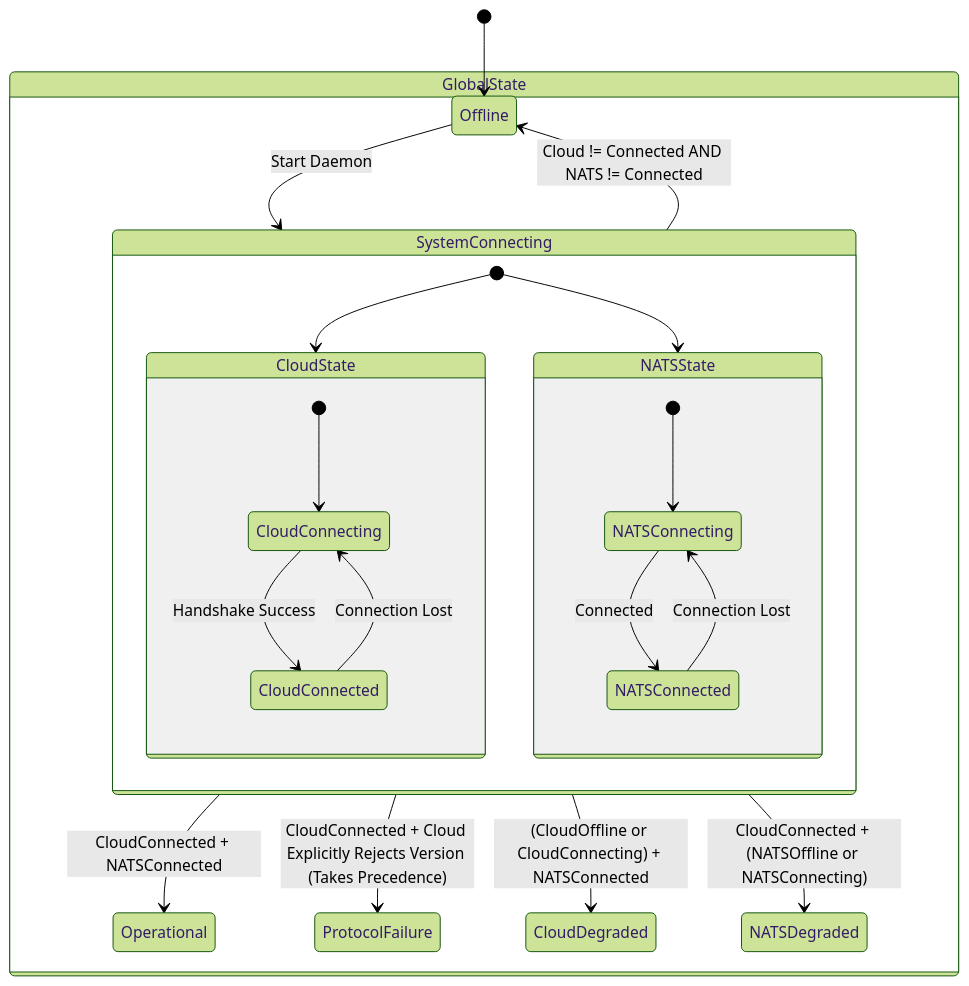
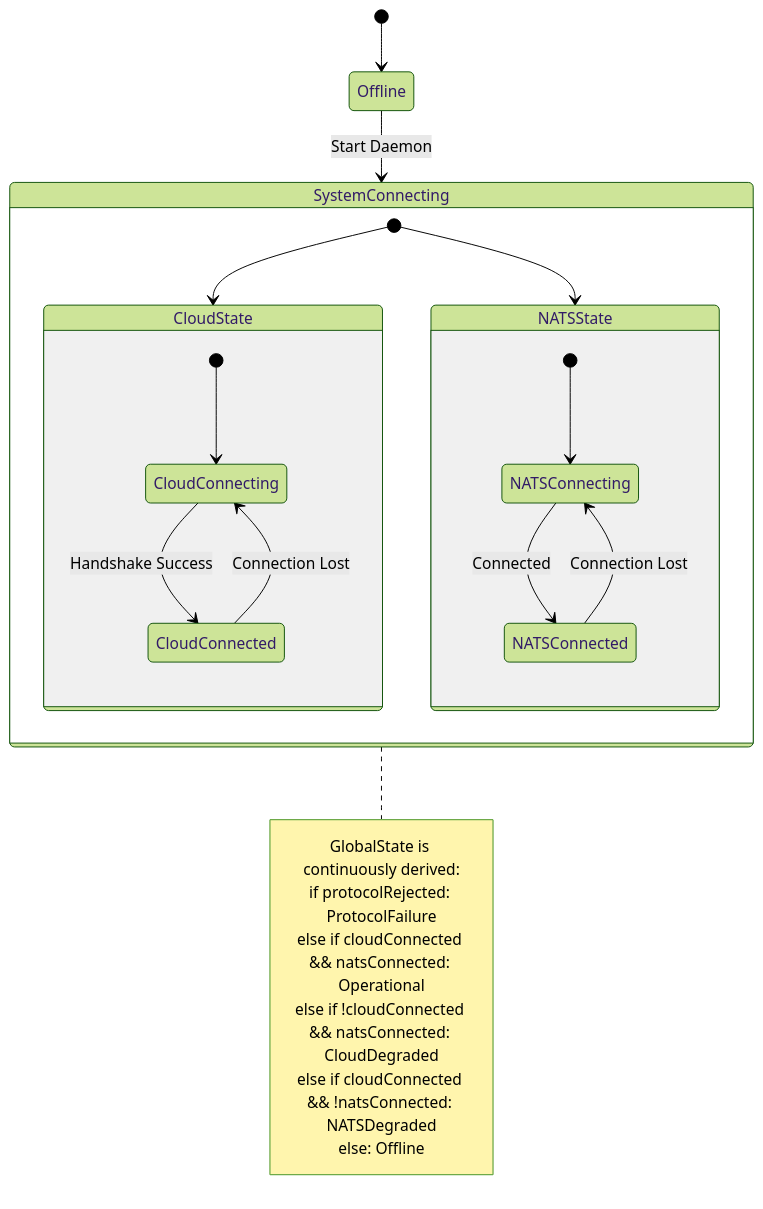
The fifth of 5 diagrams in HIGH_LEVEL_DESIGN.md (routerarchitects/TIP-olg-ucentral-client), drawn with Mermaid (forest theme) before and after one commit. The commit also changed other lines of this file and 2 other files, not shown here.

Commit message:
docs : addressed PR review comments

````diff
--- a/HIGH_LEVEL_DESIGN.md
+++ b/HIGH_LEVEL_DESIGN.md
@@ -305,30 +305,31 @@
 ```mermaid
 stateDiagram-v2
     [*] --> Offline
     Offline --> SystemConnecting : Start Daemon
     
     state SystemConnecting {
         [*] --> CloudState
         [*] --> NATSState
         
         state CloudState {
             [*] --> CloudConnecting
             CloudConnecting --> CloudConnected : Handshake Success
             CloudConnected --> CloudConnecting : Connection Lost
         }
         
         state NATSState {
             [*] --> NATSConnecting
             NATSConnecting --> NATSConnected : Connected
             NATSConnected --> NATSConnecting : Connection Lost
         }
     }
     
-    state GlobalState {
-        SystemConnecting --> Offline : Cloud != Connected AND NATS != Connected
-        SystemConnecting --> Operational : CloudConnected + NATSConnected
-        SystemConnecting --> ProtocolFailure : CloudConnected + Cloud Explicitly Rejects Version (Takes Precedence)
-        SystemConnecting --> CloudDegraded : (CloudOffline or CloudConnecting) + NATSConnected
-        SystemConnecting --> NATSDegraded : CloudConnected + (NATSOffline or NATSConnecting)
-    }
+    note right of SystemConnecting
+        GlobalState is continuously derived:
+        if protocolRejected: ProtocolFailure
+        else if cloudConnected && natsConnected: Operational
+        else if !cloudConnected && natsConnected: CloudDegraded
+        else if cloudConnected && !natsConnected: NATSDegraded
+        else: Offline
+    end note
 ```
````
